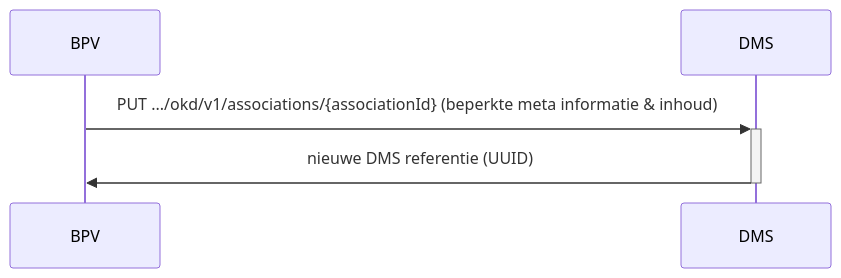
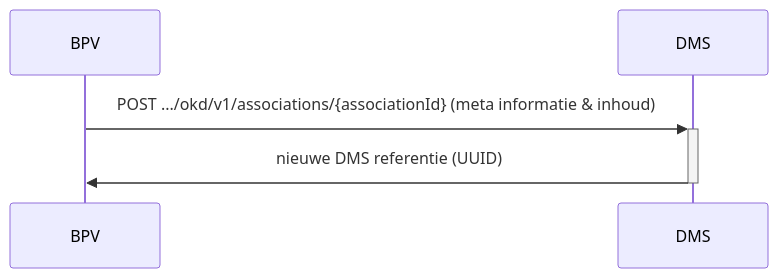
Before and after one commit to Onderwijs-Koppelingen-OKx/OKD-Document-Management: the diagram in doc/flow-3.md, drawn with Mermaid. The commit also changed other lines of this file, not shown here.

Commit message:
Flow 3: Purposal for flow 3 (copy of 4) with changes for bpv instead graduation.

````diff
--- a/doc/flow-3.md
+++ b/doc/flow-3.md
@@ -13,9 +6,9 @@
 ```mermaid
 sequenceDiagram
     Participant BPV
     Participant DMS
 
-    BPV->>+DMS: PUT .../okd/v1/associations/{associationId} (beperkte meta informatie & inhoud)
+    BPV->>+DMS: POST .../okd/v1/associations/{associationId} (meta informatie & inhoud)
     DMS->>-BPV: nieuwe DMS referentie (UUID)
 
 ```
````
